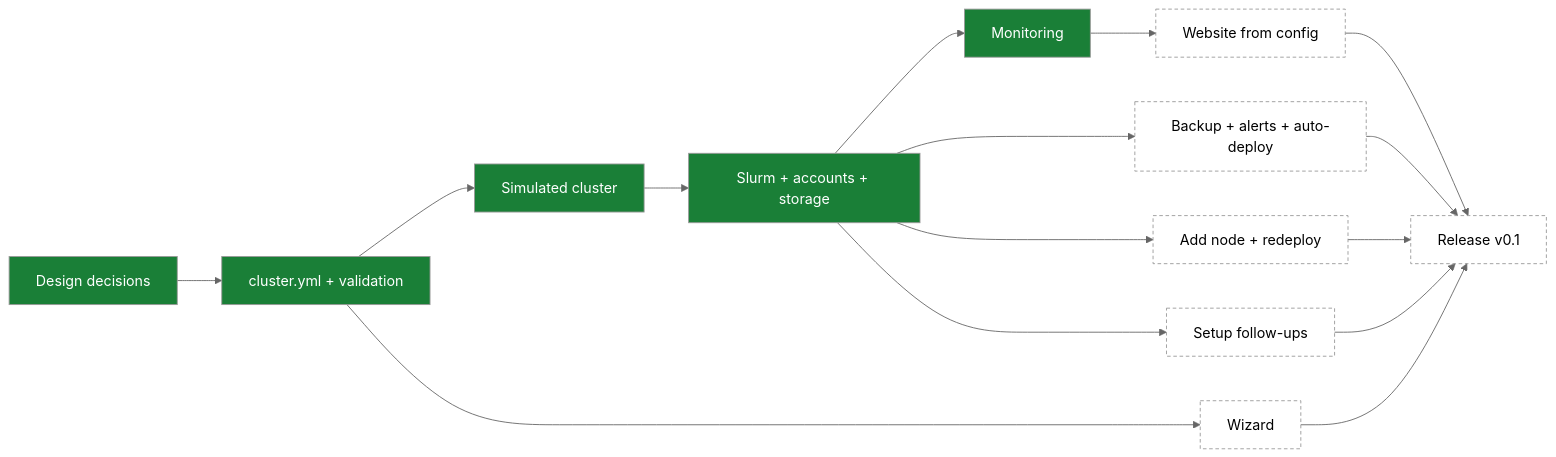
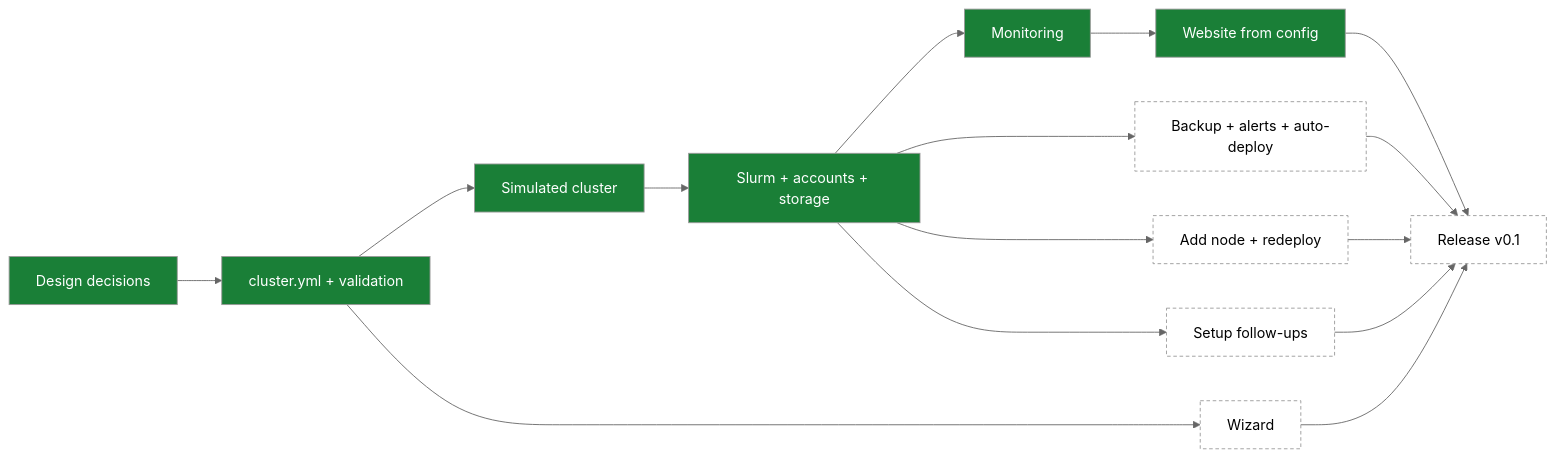
The diagram in TODO.md (enajx/nanoHPC), drawn with Mermaid (neutral theme) before and after one commit. The commit also changed other lines of this file and 88 other files, not shown here.

````diff
--- a/TODO.md
+++ b/TODO.md
@@ -11,21 +11,21 @@
 ```mermaid
 flowchart LR
   classDef done fill:#1a7f37,color:#fff
   classDef wip fill:#d4a72c,color:#000
   classDef queued fill:none,stroke-dasharray:4 3
 
   D[Design decisions]:::done --> C[cluster.yml + validation]:::done
   C --> SIM[Simulated cluster]:::done
   SIM --> S[Slurm + accounts + storage]:::done
   S --> M[Monitoring]:::done
-  M --> W[Website from config]:::queued
+  M --> W[Website from config]:::done
   S --> BK[Backup + alerts + auto-deploy]:::queued
   C --> WZ[Wizard]:::queued
   S --> N[Add node + redeploy]:::queued
   W --> R[Release v0.1]:::queued
   BK --> R
   WZ --> R
   N --> R
   S --> F[Setup follow-ups]:::queued
   F --> R
 ```
````
